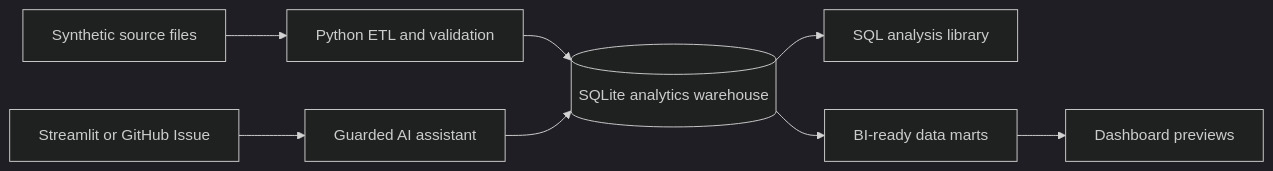
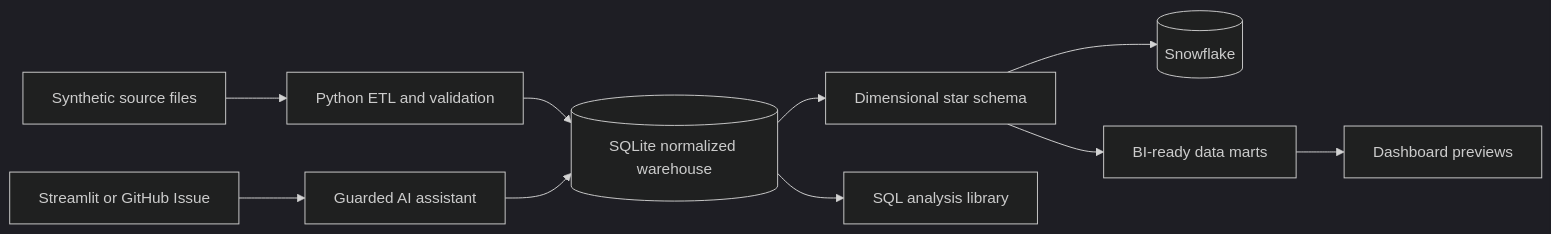
One commit to raghuvardhan-mutha/healthcare-claims-analytics changed the diagram in README.md. Above: the diagram before and after it, drawn with Mermaid (dark theme). The commit also changed other lines of this file and 48 other files, not shown here.

````diff
--- a/README.md
+++ b/README.md
@@ -56,10 +61,12 @@
 ```mermaid
 flowchart LR
     A["Synthetic source files"] --> B["Python ETL and validation"]
-    B --> C[("SQLite analytics warehouse")]
+    B --> C[("SQLite normalized warehouse")]
+    C --> S["Dimensional star schema"]
+    S --> W[("Snowflake")]
     C --> D["SQL analysis library"]
-    C --> E["BI-ready data marts"]
+    S --> E["BI-ready data marts"]
     E --> F["Dashboard previews"]
     G["Streamlit or GitHub Issue"] --> H["Guarded AI assistant"]
     H --> C
 ```
````
